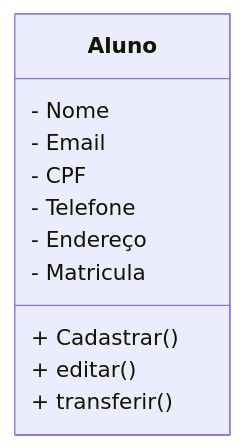
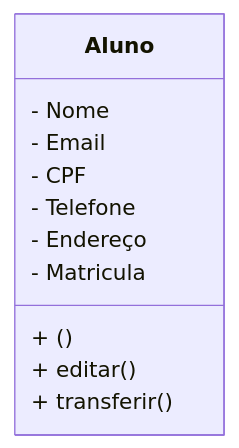
Before and after one commit to diogobenavidesilva-pixel/universidade: the second of 2 diagrams in readme.md, drawn with Mermaid. The commit also changed other lines of this file and 9 other files, not shown here.

````diff
--- a/readme.md
+++ b/readme.md
@@ -20,14 +20,14 @@
 ```mermaid
 classDiagram
     class Aluno{
         - Nome
         - Email
         - CPF
         - Telefone
         - Endereço
         - Matricula
-        + Cadastrar()
+        + ()
         + editar()
         + transferir()
     }
 ```
````
